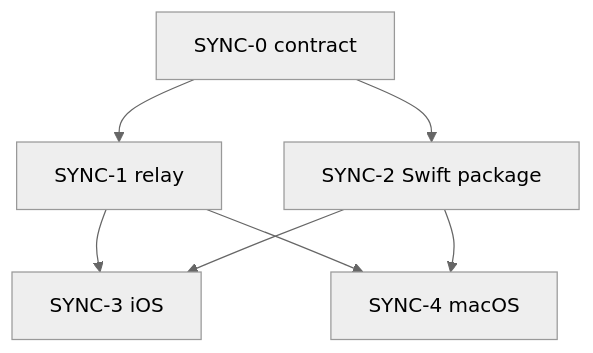
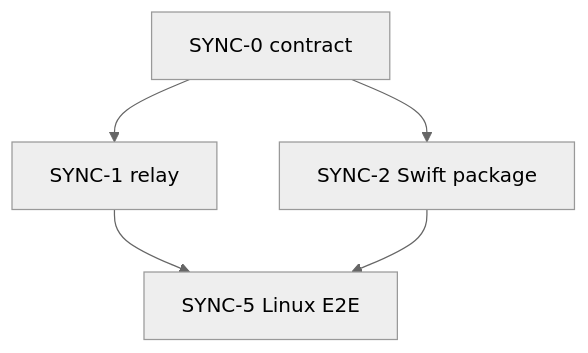
Before and after one commit to HIBIKI-CUBE/Todo-Train: the diagram in docs/15-agent-work-plan.md, drawn with Mermaid (neutral theme). The commit also changed other lines of this file and 10 other files, not shown here.

````diff
--- a/docs/15-agent-work-plan.md
+++ b/docs/15-agent-work-plan.md
@@ -37,14 +29,11 @@
 ```mermaid
 flowchart TD
   sync0[SYNC-0 contract]
   sync1[SYNC-1 relay]
   sync2[SYNC-2 Swift package]
-  sync3[SYNC-3 iOS]
-  sync4[SYNC-4 macOS]
+  sync5[SYNC-5 Linux E2E]
   sync0 --> sync1
   sync0 --> sync2
-  sync1 --> sync3
-  sync2 --> sync3
-  sync1 --> sync4
-  sync2 --> sync4
+  sync1 --> sync5
+  sync2 --> sync5
 ```
````
